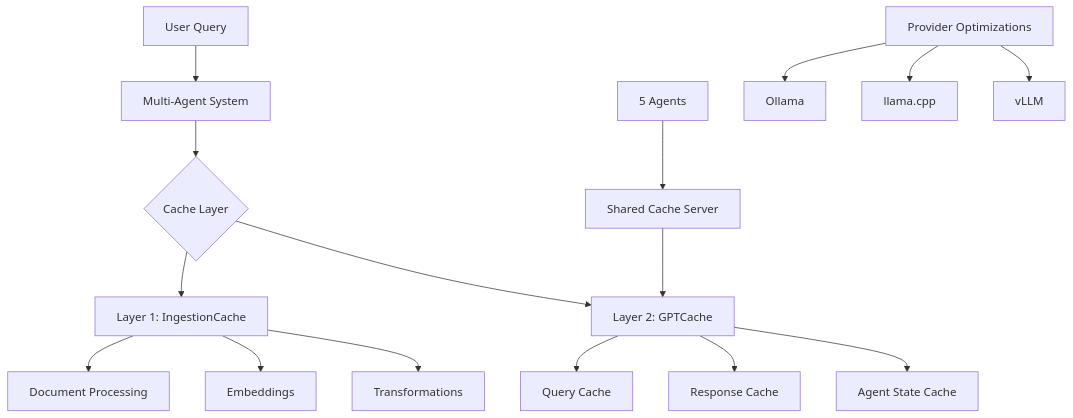
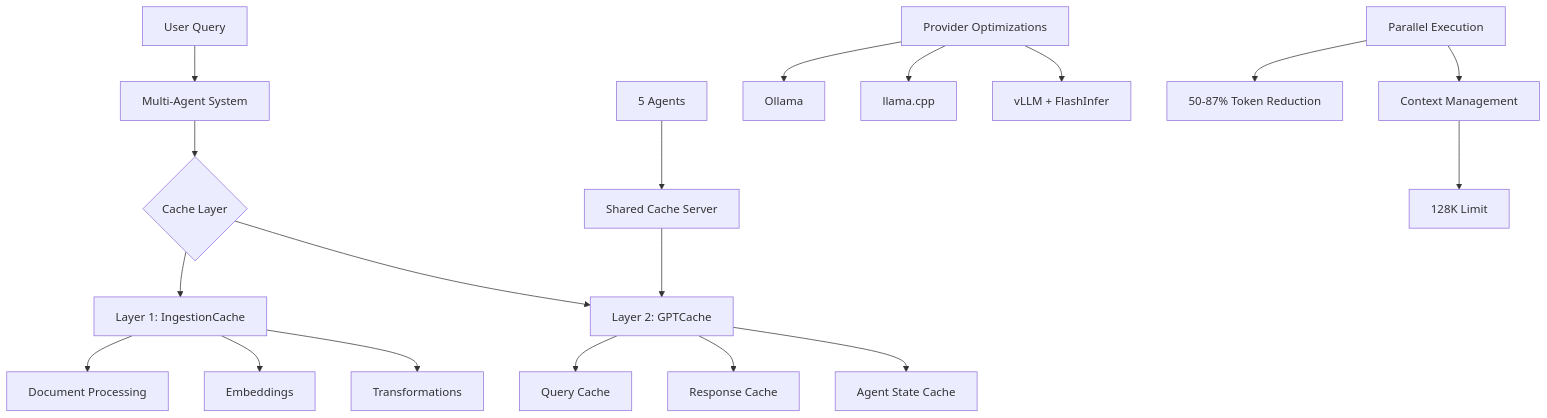
The diagram in docs/adrs/ADR-010-performance-optimization-strategy.md (BjornMelin/docmind-ai-llm), drawn with Mermaid before and after one commit. The commit also changed other lines of this file and 22 other files, not shown here.

````diff
--- a/docs/adrs/ADR-010-performance-optimization-strategy.md
+++ b/docs/adrs/ADR-010-performance-optimization-strategy.md
@@ -111,23 +115,27 @@
 ```mermaid
 graph TD
     A[User Query] --> B[Multi-Agent System]
     B --> C{Cache Layer}
     
     C --> D[Layer 1: IngestionCache]
     C --> E[Layer 2: GPTCache]
     
     D --> F[Document Processing]
     D --> G[Embeddings]
     D --> H[Transformations]
     
     E --> I[Query Cache]
     E --> J[Response Cache]
     E --> K[Agent State Cache]
     
     L[5 Agents] --> M[Shared Cache Server]
     M --> E
     
     N[Provider Optimizations] --> O[Ollama]
     N --> P[llama.cpp]
-    N --> Q[vLLM]
+    N --> Q[vLLM + FlashInfer]
+    
+    R[Parallel Execution] --> S[50-87% Token Reduction]
+    R --> T[Context Management]
+    T --> U[128K Limit]
 ```
````
